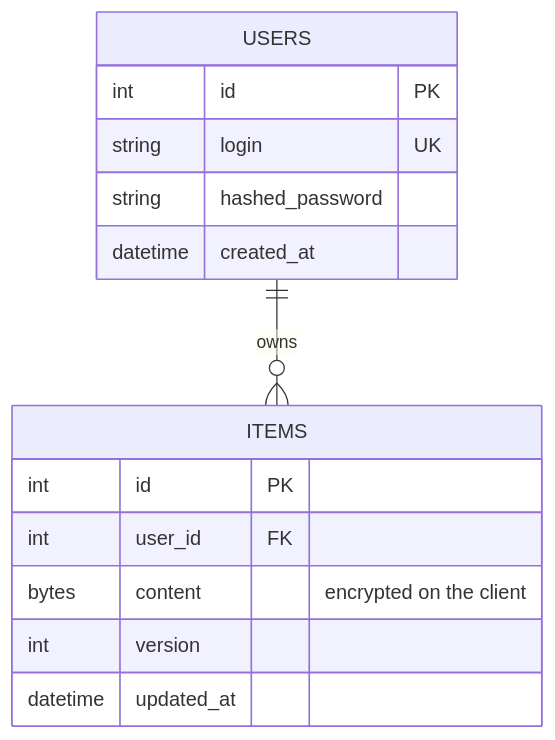
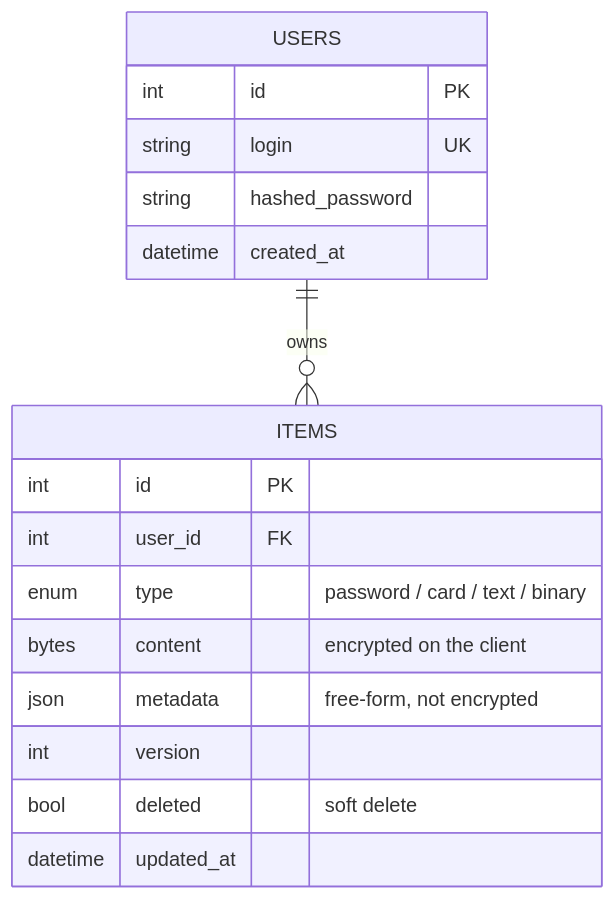
The second of 8 diagrams in ARCHITECTURE.md (Unl1te/GophKeeper), drawn with Mermaid before and after one commit. The commit also changed other lines of this file, not shown here.

````diff
--- a/ARCHITECTURE.md
+++ b/ARCHITECTURE.md
@@ -57,17 +57,20 @@
 ```mermaid
 erDiagram
     USERS ||--o{ ITEMS : "owns"
     USERS {
         int id PK
         string login UK
         string hashed_password
         datetime created_at
     }
     ITEMS {
         int id PK
         int user_id FK
+        enum type "password / card / text / binary"
         bytes content "encrypted on the client"
+        json metadata "free-form, not encrypted"
         int version
+        bool deleted "soft delete"
         datetime updated_at
     }
 ```
````
